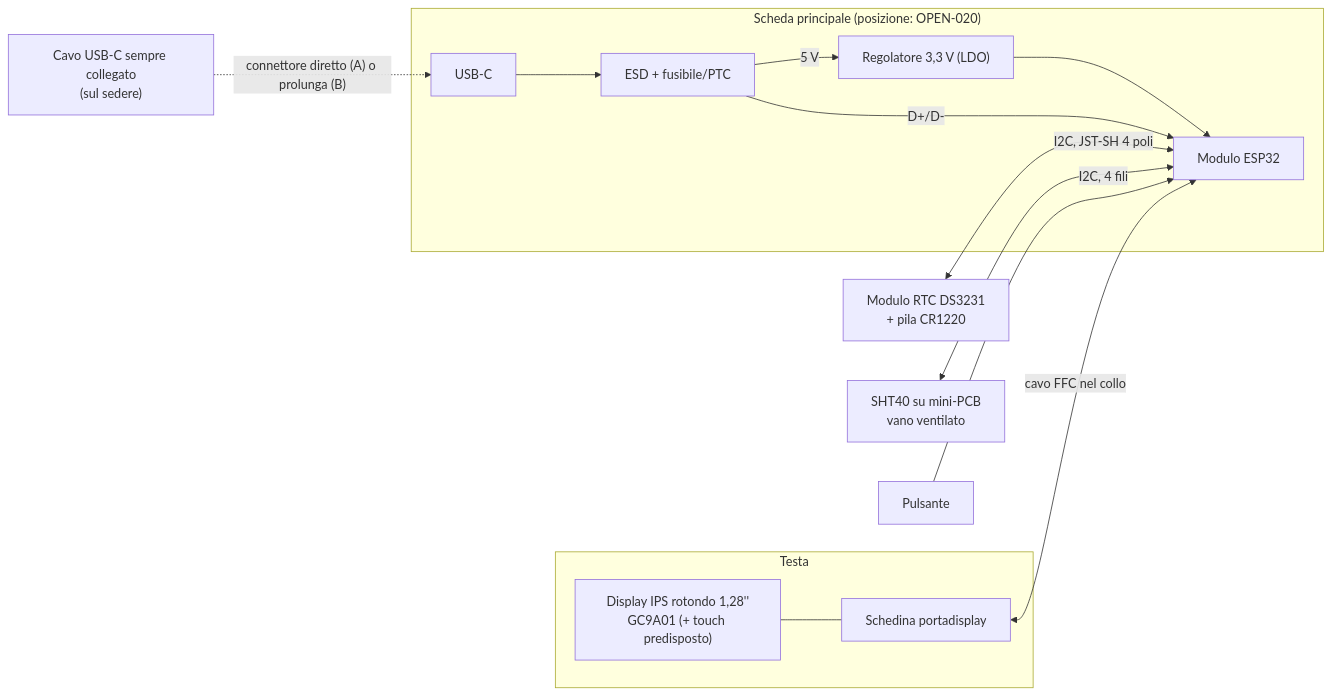
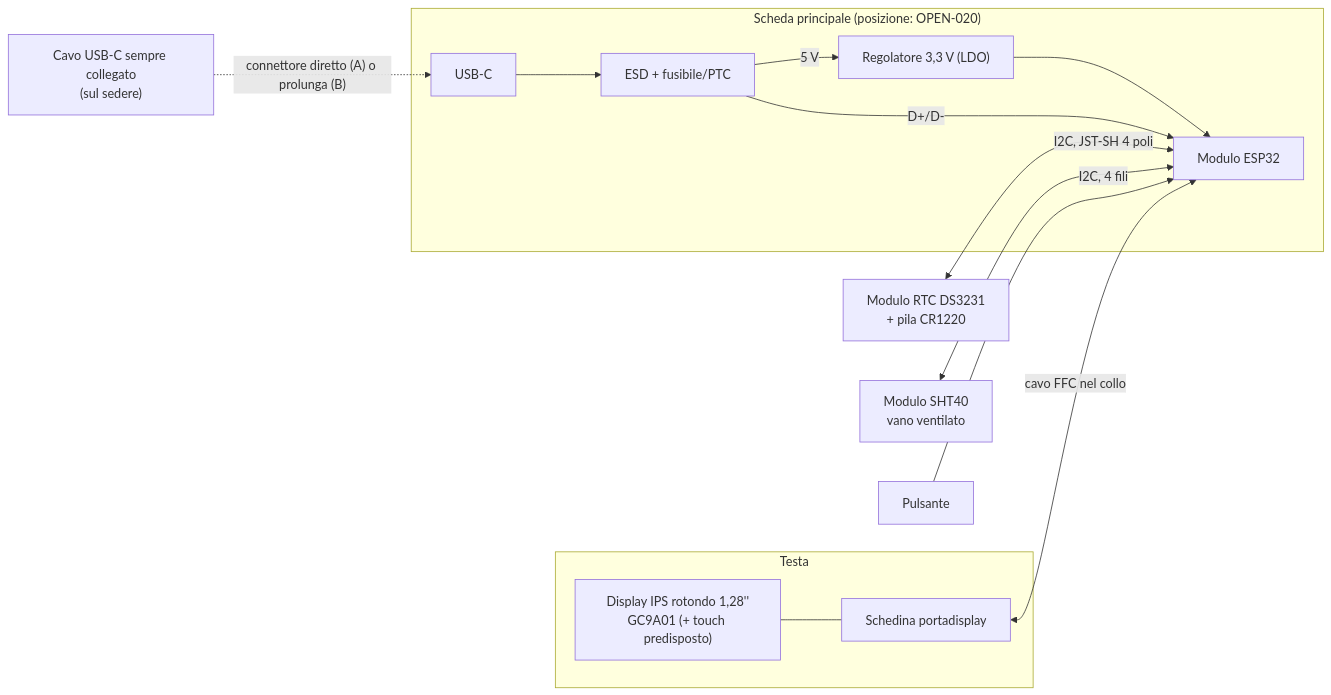
One commit to seba379/PoliClock changed the diagram in docs/02-architettura-hardware.md. Above: the diagram before and after it, drawn with Mermaid. The commit also changed other lines of this file and 27 other files, not shown here.

First line of the commit message:
hardware: replace SHT40 mini-PCB with a commercial breakout (DEC-028)

````diff
--- a/docs/02-architettura-hardware.md
+++ b/docs/02-architettura-hardware.md
@@ -26,21 +26,21 @@
 ```mermaid
 flowchart LR
     subgraph HEAD["Testa"]
         DISP["Display IPS rotondo 1,28''<br/>GC9A01 (+ touch predisposto)"]
         CARR["Schedina portadisplay"]
         DISP --- CARR
     end
     subgraph MAIN["Scheda principale (posizione: OPEN-020)"]
         CONN["USB-C"]
         ESD["ESD + fusibile/PTC"]
         REG["Regolatore 3,3 V (LDO)"]
         MCU["Modulo ESP32"]
         CONN --> ESD -->|"5 V"| REG --> MCU
         ESD -->|"D+/D-"| MCU
     end
     RTC["Modulo RTC DS3231<br/>+ pila CR1220"] <-->|"I2C, JST-SH 4 poli"| MCU
     USB["Cavo USB-C sempre collegato<br/>(sul sedere)"] -.->|"connettore diretto (A) o prolunga (B)"| CONN
     CARR <-->|"cavo FFC nel collo"| MCU
-    SHT["SHT40 su mini-PCB<br/>vano ventilato"] <-->|"I2C, 4 fili"| MCU
+    SHT["Modulo SHT40<br/>vano ventilato"] <-->|"I2C, 4 fili"| MCU
     BTN["Pulsante"] --> MCU
 ```
````
